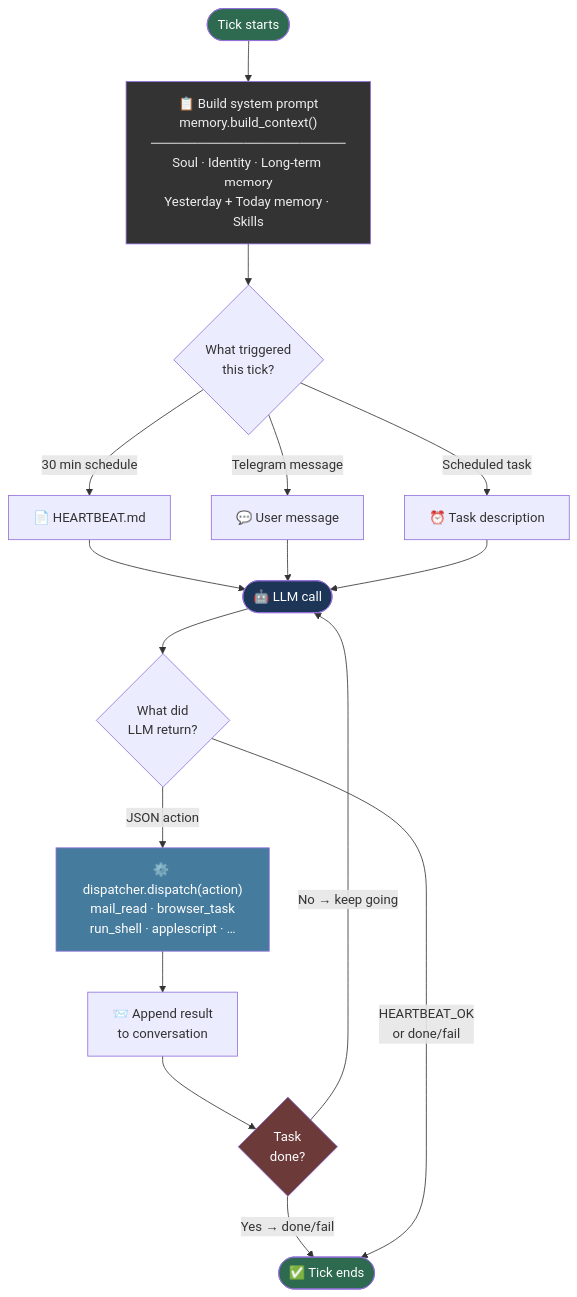
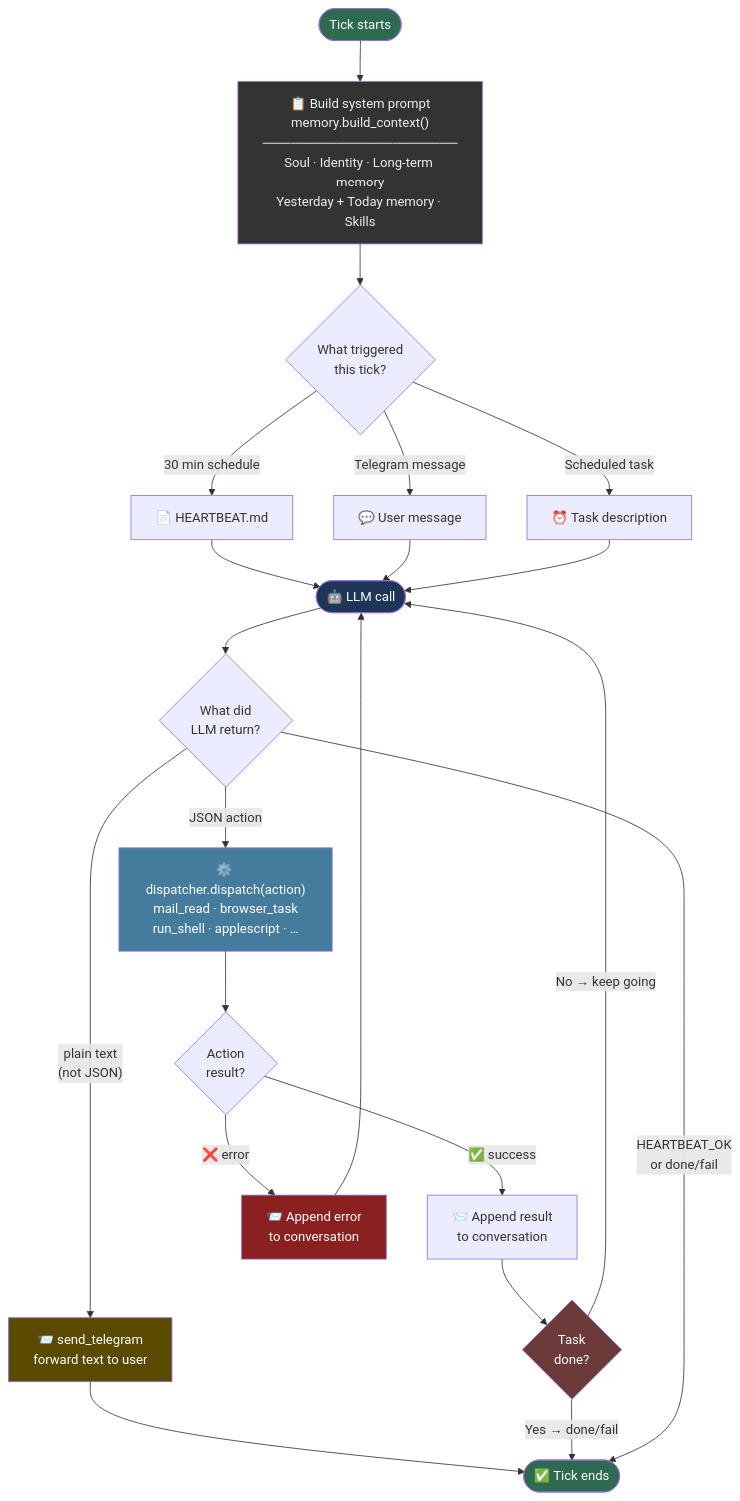
One commit to kenfus/macgent changed the diagram in README.md. Above: the diagram before and after it, drawn with Mermaid.

Commit message:
Added new loop.

````diff
--- a/README.md
+++ b/README.md
@@ -100,32 +100,43 @@
 ```mermaid
 flowchart TD
     A([Tick starts]) --> B
 
     B["📋 Build system prompt<br/>memory.build_context()<br/>─────────────────────<br/>Soul · Identity · Long-term memory<br/>Yesterday + Today memory · Skills"]
     B --> C
 
     C{"What triggered<br/>this tick?"}
     C -- "30 min schedule" --> D1["📄 HEARTBEAT.md"]
     C -- "Telegram message" --> D2["💬 User message"]
     C -- "Scheduled task" --> D3["⏰ Task description"]
 
     D1 & D2 & D3 --> E
 
     E(["🤖 LLM call"])
     E --> F{"What did<br/>LLM return?"}
 
+    F -- "plain text<br/>(not JSON)" --> T["📨 send_telegram<br/>forward text to user"]
+    T --> Z
+
     F -- "JSON action" --> G["⚙️ dispatcher.dispatch(action)<br/>mail_read · browser_task<br/>run_shell · applescript · …"]
-    G --> H["📨 Append result<br/>to conversation"]
+
+    G --> R{"Action<br/>result?"}
+    R -- "✅ success" --> H["📨 Append result<br/>to conversation"]
+    R -- "❌ error" --> ERR["📨 Append error<br/>to conversation"]
+
     H --> I{"Task<br/>done?"}
+    ERR --> E
+
     I -- "No → keep going" --> E
     I -- "Yes → done/fail" --> Z
 
     F -- "HEARTBEAT_OK<br/>or done/fail" --> Z([✅ Tick ends])
 
     style A fill:#2d6a4f,color:#fff
     style Z fill:#2d6a4f,color:#fff
     style E fill:#1d3557,color:#fff
     style G fill:#457b9d,color:#fff
     style I fill:#6d3a3a,color:#fff
+    style ERR fill:#8b2020,color:#fff
+    style T fill:#5a4a00,color:#fff
     style B fill:#333,color:#eee
 ```
````
